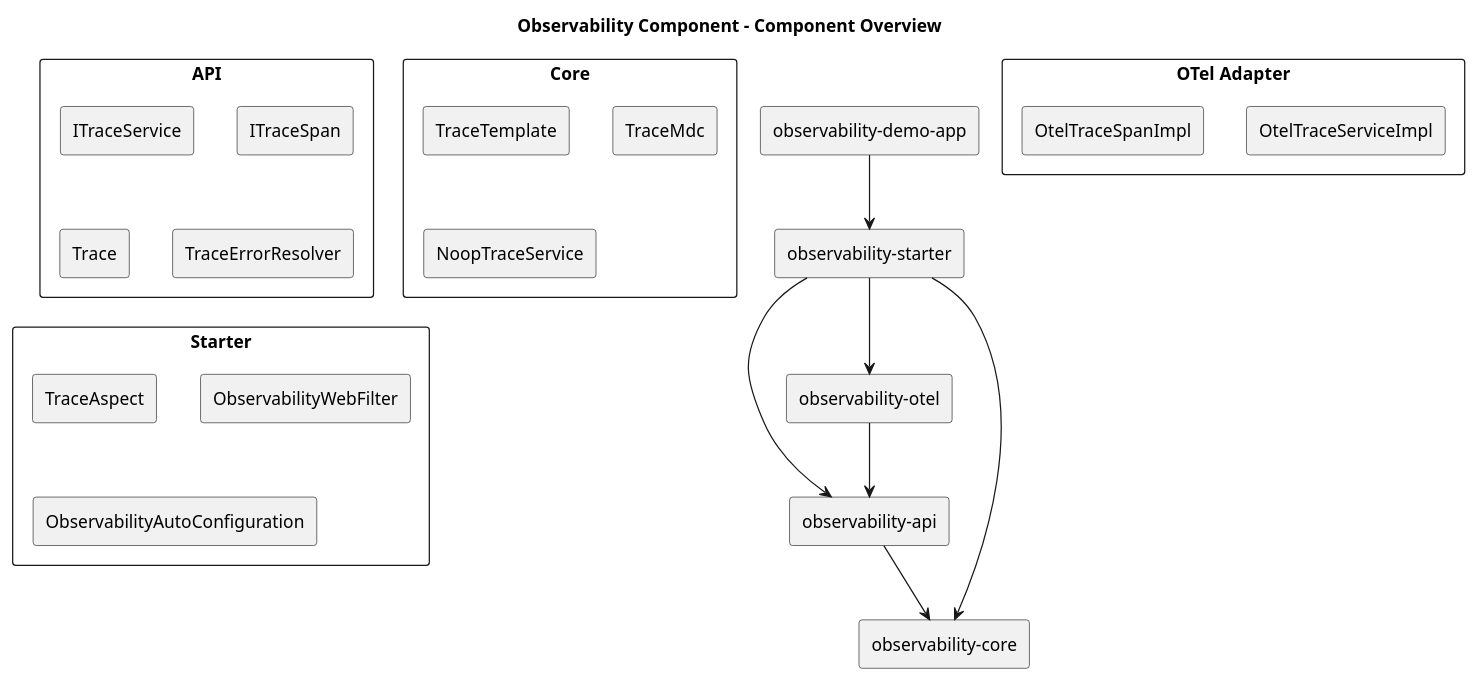
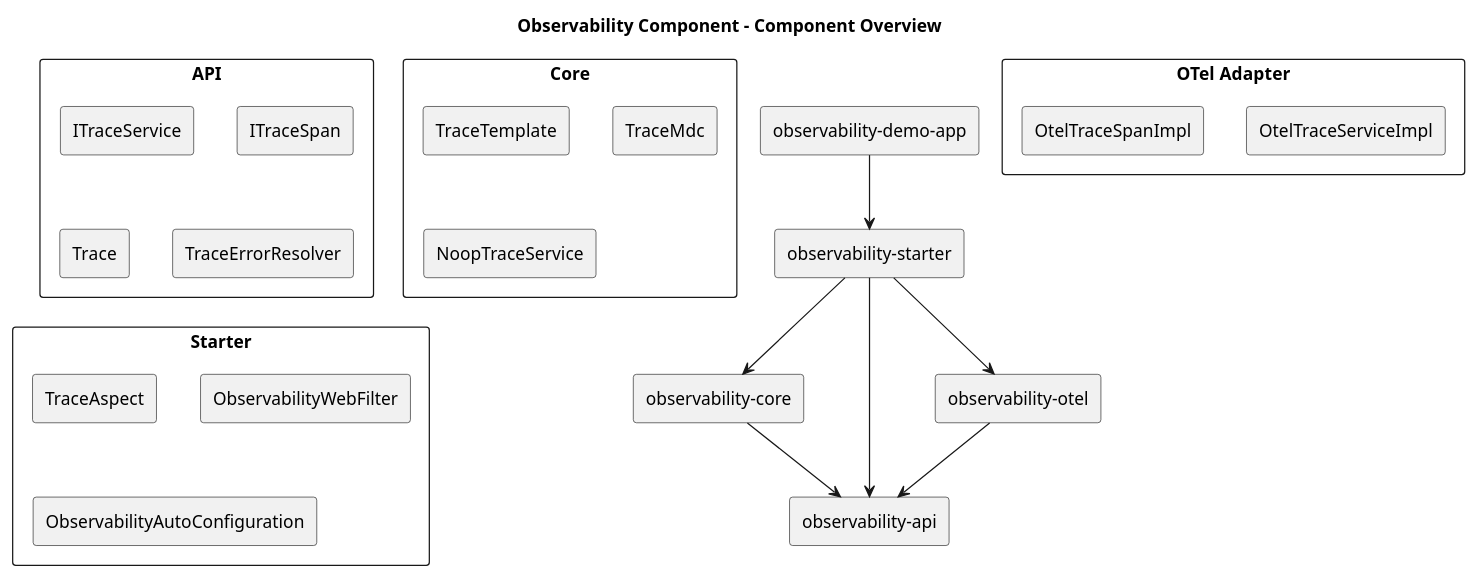
One commit to pbxjtumse/iron-components-java changed the diagram in component/observability-component/docs/diagrams/component/00-component-overview.puml. Above: the diagram before and after it, drawn with PlantUML. The commit also changed 7 other files, not shown here.

```diff
--- a/component/observability-component/docs/diagrams/component/00-component-overview.puml
+++ b/component/observability-component/docs/diagrams/component/00-component-overview.puml
@@ -1,30 +1,30 @@
 @startuml
 title Observability Component - Component Overview
 skinparam componentStyle rectangle
-[observability-api] --> [observability-core]
+[observability-core] --> [observability-api]
 [observability-otel] --> [observability-api]
 [observability-starter] --> [observability-api]
 [observability-starter] --> [observability-core]
 [observability-starter] --> [observability-otel]
 [observability-demo-app] --> [observability-starter]
 rectangle "API" {
  [ITraceService]
  [ITraceSpan]
  [Trace]
  [TraceErrorResolver]
 }
 rectangle "Core" {
  [TraceTemplate]
  [TraceMdc]
  [NoopTraceService]
 }
 rectangle "OTel Adapter" {
  [OtelTraceServiceImpl]
  [OtelTraceSpanImpl]
 }
 rectangle "Starter" {
  [TraceAspect]
  [ObservabilityWebFilter]
  [ObservabilityAutoConfiguration]
 }
 @enduml
```
